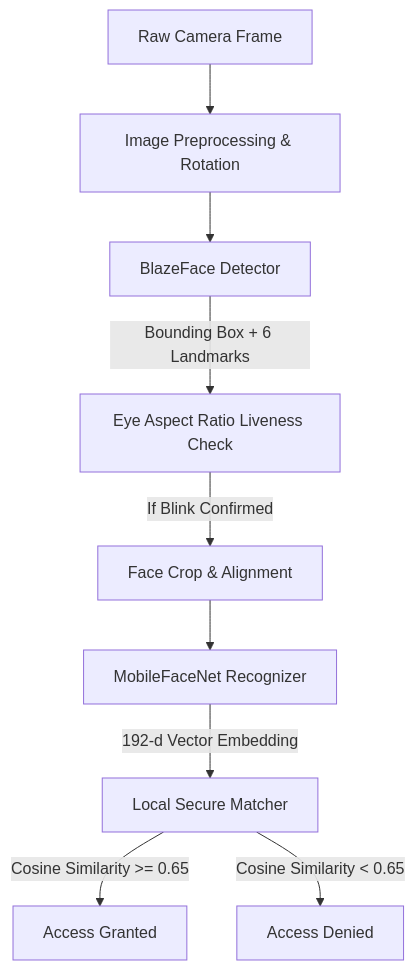
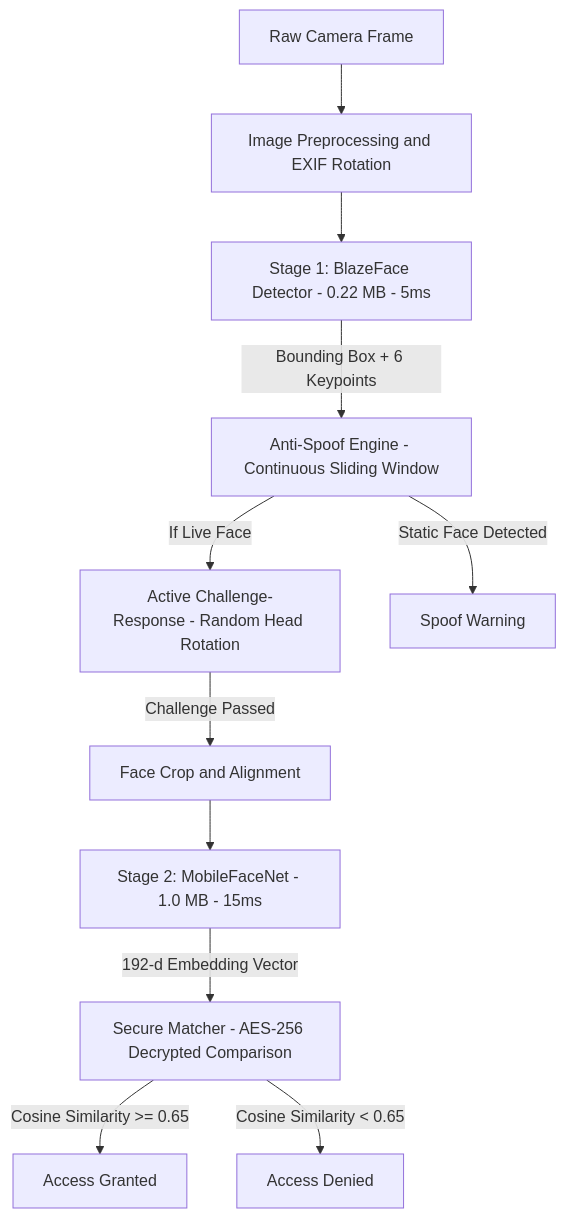
Before and after one commit to Anirudh-715/NhaiFaceAuth: the first of 4 diagrams in NHAI_FaceAuth_Proposal.md, drawn with Mermaid. The commit also changed other lines of this file and 1 other file, not shown here.

Commit message:
Update official proposal document with complete anti-spoofing architecture and Datalake 3.0 integration guide

````diff
--- a/NHAI_FaceAuth_Proposal.md
+++ b/NHAI_FaceAuth_Proposal.md
@@ -55,11 +72,13 @@
 ```mermaid
 graph TD
-    A[Raw Camera Frame] --> B[Image Preprocessing & Rotation]
-    B --> C[BlazeFace Detector]
-    C -->|Bounding Box + 6 Landmarks| D[Eye Aspect Ratio Liveness Check]
-    D -->|If Blink Confirmed| E[Face Crop & Alignment]
-    E --> F[MobileFaceNet Recognizer]
-    F -->|192-d Vector Embedding| G[Local Secure Matcher]
-    G -->|Cosine Similarity >= 0.65| H[Access Granted]
-    G -->|Cosine Similarity < 0.65| I[Access Denied]
+    A["Raw Camera Frame"] --> B["Image Preprocessing and EXIF Rotation"]
+    B --> C["Stage 1: BlazeFace Detector - 0.22 MB - 5ms"]
+    C -->|"Bounding Box + 6 Keypoints"| D["Anti-Spoof Engine - Continuous Sliding Window"]
+    D -->|"If Live Face"| E["Active Challenge-Response - Random Head Rotation"]
+    E -->|"Challenge Passed"| F["Face Crop and Alignment"]
+    F --> G["Stage 2: MobileFaceNet - 1.0 MB - 15ms"]
+    G -->|"192-d Embedding Vector"| H["Secure Matcher - AES-256 Decrypted Comparison"]
+    H -->|"Cosine Similarity >= 0.65"| I["Access Granted"]
+    H -->|"Cosine Similarity < 0.65"| J["Access Denied"]
+    D -->|"Static Face Detected"| K["Spoof Warning"]
 ```
````
